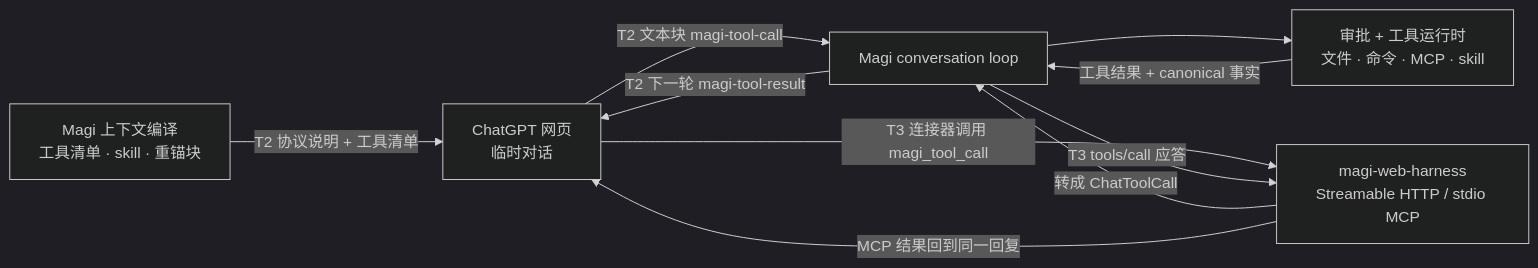
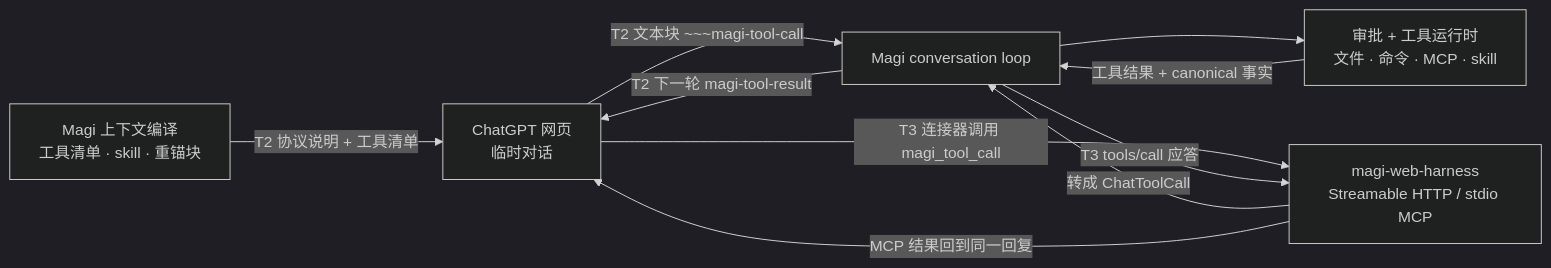
The first of 2 diagrams in docs/web-model-browser-design.md (MistRipple/magi-code), drawn with Mermaid (dark theme) before and after one commit. The commit also changed other lines of this file and 10 other files, not shown here.

````diff
--- a/docs/web-model-browser-design.md
+++ b/docs/web-model-browser-design.md
@@ -851,12 +864,12 @@
 ```mermaid
 flowchart LR
   M["Magi 上下文编译<br/>工具清单 · skill · 重锚块"] -->|"T2 协议说明 + 工具清单"| W["ChatGPT 网页<br/>临时对话"]
-  W -->|"T2 文本块 magi-tool-call"| L["Magi conversation loop"]
+  W -->|"T2 文本块 ~~~magi-tool-call"| L["Magi conversation loop"]
   L -->|"T2 下一轮 magi-tool-result"| W
   L --> E["审批 + 工具运行时<br/>文件 · 命令 · MCP · skill"]
   E -->|"工具结果 + canonical 事实"| L
   W -->|"T3 连接器调用 magi_tool_call"| H["magi-web-harness<br/>Streamable HTTP / stdio MCP"]
   H -->|"转成 ChatToolCall"| L
   L -->|"T3 tools/call 应答"| H
   H -->|"MCP 结果回到同一回复"| W
 ```
````
